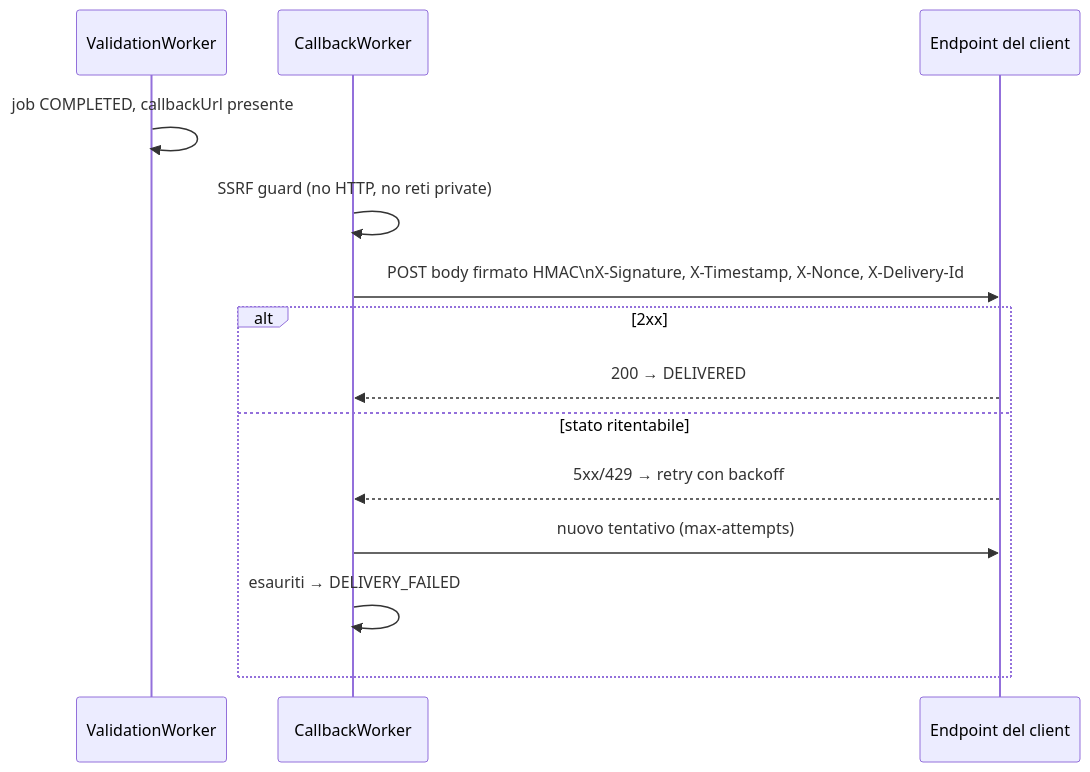
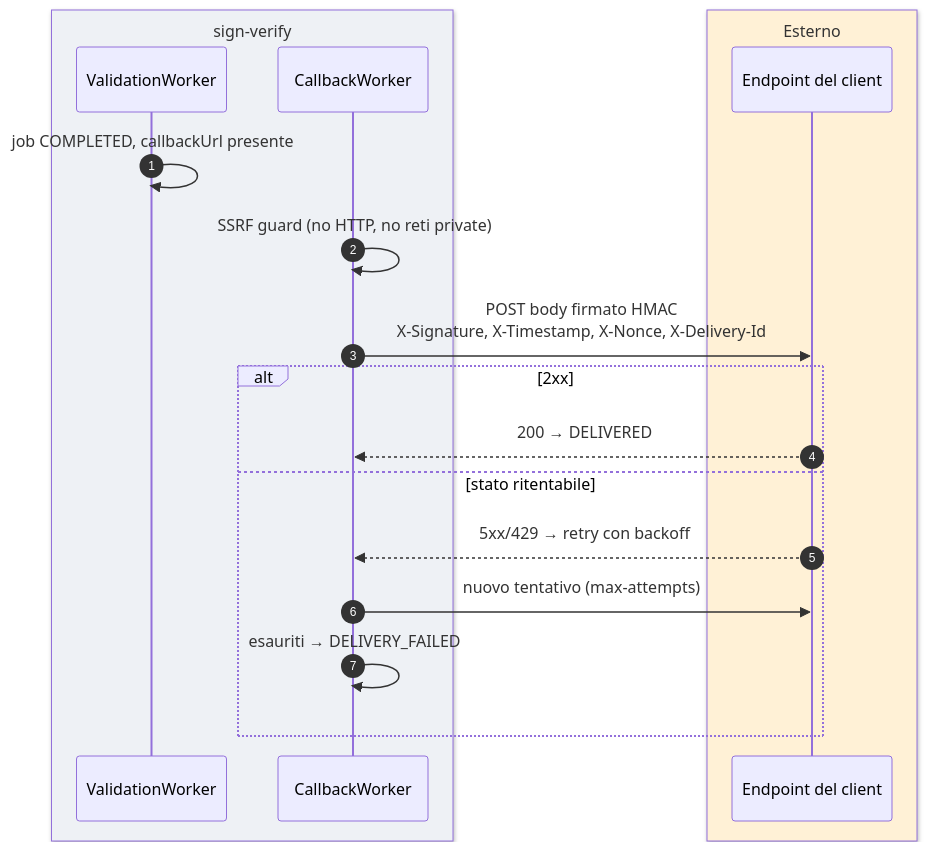
Before and after one commit to toresoft/sign-verify: the fourth of 4 diagrams in docs/it/05-verifica-firme.md, drawn with Mermaid. The commit also changed other lines of this file and 23 other files, not shown here.

First line of the commit message:
docs: expand EN/IT guides with glossary and component-map diagram

````diff
--- a/docs/it/05-verifica-firme.md
+++ b/docs/it/05-verifica-firme.md
@@ -532,16 +559,21 @@
 ```mermaid
 sequenceDiagram
+    autonumber
+    box rgb(238,241,245) sign-verify
     participant W as ValidationWorker
     participant CW as CallbackWorker
+    end
+    box rgb(255,241,214) Esterno
     participant E as Endpoint del client
+    end
     W->>W: job COMPLETED, callbackUrl presente
     CW->>CW: SSRF guard (no HTTP, no reti private)
-    CW->>E: POST body firmato HMAC\nX-Signature, X-Timestamp, X-Nonce, X-Delivery-Id
+    CW->>E: POST body firmato HMAC<br/>X-Signature, X-Timestamp, X-Nonce, X-Delivery-Id
     alt 2xx
         E-->>CW: 200 → DELIVERED
     else stato ritentabile
         E-->>CW: 5xx/429 → retry con backoff
         CW->>E: nuovo tentativo (max-attempts)
         CW->>CW: esauriti → DELIVERY_FAILED
     end
 ```
````
